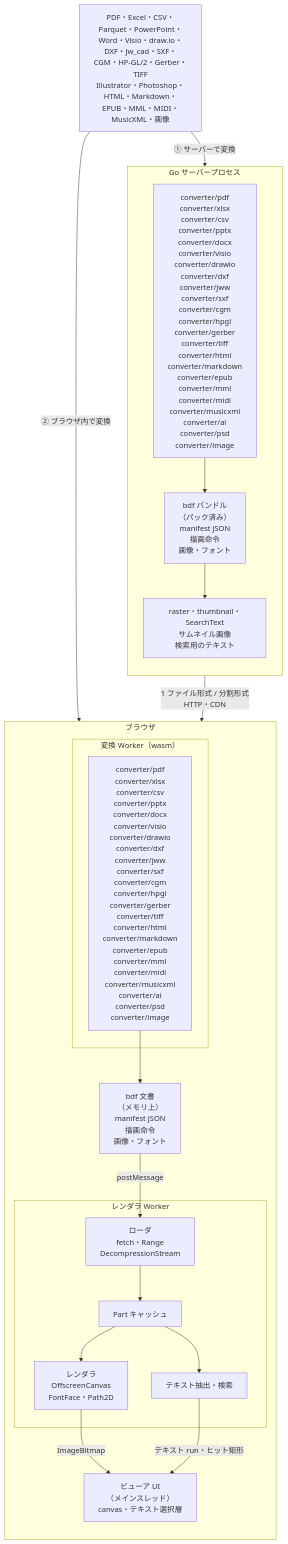
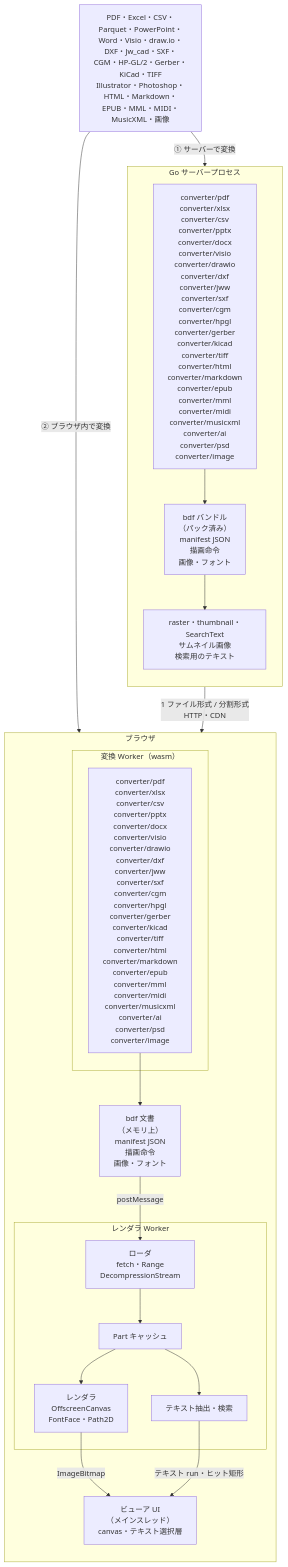
The diagram in README.ja.md (shibukawa/bdf), drawn with Mermaid before and after one commit. The commit also changed other lines of this file and 61 other files, not shown here.

First line of the commit message:
Add KiCad converter: schematics as pages of their sheets, boards as front, back and layer views

````diff
--- a/README.ja.md
+++ b/README.ja.md
@@ -20,39 +20,39 @@
 ```mermaid
 flowchart TB
-    SRC["PDF・Excel・CSV・Parquet・PowerPoint・Word・Visio・draw.io・DXF・Jw_cad・SXF・CGM・HP-GL/2・Gerber・TIFF<br/>Illustrator・Photoshop・HTML・Markdown・EPUB・MML・MIDI・MusicXML・画像"]
+    SRC["PDF・Excel・CSV・Parquet・PowerPoint・Word・Visio・draw.io・DXF・Jw_cad・SXF・CGM・HP-GL/2・Gerber・KiCad・TIFF<br/>Illustrator・Photoshop・HTML・Markdown・EPUB・MML・MIDI・MusicXML・画像"]
 
     subgraph SERVER["Go サーバープロセス"]
         direction TB
-        SCONV["converter/pdf<br/>converter/xlsx<br/>converter/csv<br/>converter/pptx<br/>converter/docx<br/>converter/visio<br/>converter/drawio<br/>converter/dxf<br/>converter/jww<br/>converter/sxf<br/>converter/cgm<br/>converter/hpgl<br/>converter/gerber<br/>converter/tiff<br/>converter/html<br/>converter/markdown<br/>converter/epub<br/>converter/mml<br/>converter/midi<br/>converter/musicxml<br/>converter/ai<br/>converter/psd<br/>converter/image"]
+        SCONV["converter/pdf<br/>converter/xlsx<br/>converter/csv<br/>converter/pptx<br/>converter/docx<br/>converter/visio<br/>converter/drawio<br/>converter/dxf<br/>converter/jww<br/>converter/sxf<br/>converter/cgm<br/>converter/hpgl<br/>converter/gerber<br/>converter/kicad<br/>converter/tiff<br/>converter/html<br/>converter/markdown<br/>converter/epub<br/>converter/mml<br/>converter/midi<br/>converter/musicxml<br/>converter/ai<br/>converter/psd<br/>converter/image"]
         BUNDLE["bdf バンドル<br/>（パック済み）<br/>manifest JSON<br/>描画命令<br/>画像・フォント"]
         PREVIEW["raster・thumbnail・SearchText<br/>サムネイル画像<br/>検索用のテキスト"]
         SCONV --> BUNDLE
         BUNDLE --> PREVIEW
     end
 
     subgraph BROWSER["ブラウザ"]
         direction TB
         subgraph CWORKER["変換 Worker（wasm）"]
-            WCONV["converter/pdf<br/>converter/xlsx<br/>converter/csv<br/>converter/pptx<br/>converter/docx<br/>converter/visio<br/>converter/drawio<br/>converter/dxf<br/>converter/jww<br/>converter/sxf<br/>converter/cgm<br/>converter/hpgl<br/>converter/gerber<br/>converter/tiff<br/>converter/html<br/>converter/markdown<br/>converter/epub<br/>converter/mml<br/>converter/midi<br/>converter/musicxml<br/>converter/ai<br/>converter/psd<br/>converter/image"]
+            WCONV["converter/pdf<br/>converter/xlsx<br/>converter/csv<br/>converter/pptx<br/>converter/docx<br/>converter/visio<br/>converter/drawio<br/>converter/dxf<br/>converter/jww<br/>converter/sxf<br/>converter/cgm<br/>converter/hpgl<br/>converter/gerber<br/>converter/kicad<br/>converter/tiff<br/>converter/html<br/>converter/markdown<br/>converter/epub<br/>converter/mml<br/>converter/midi<br/>converter/musicxml<br/>converter/ai<br/>converter/psd<br/>converter/image"]
         end
         PARTS["bdf 文書<br/>（メモリ上）<br/>manifest JSON<br/>描画命令<br/>画像・フォント"]
         subgraph RWORKER["レンダラ Worker"]
             LOADER["ローダ<br/>fetch・Range<br/>DecompressionStream"]
             STORE["Part キャッシュ"]
             RENDER["レンダラ<br/>OffscreenCanvas<br/>FontFace・Path2D"]
             TEXT["テキスト抽出・検索"]
             LOADER --> STORE
             STORE --> RENDER
             STORE --> TEXT
         end
         UI["ビューア UI<br/>（メインスレッド）<br/>canvas・テキスト選択層"]
         WCONV --> PARTS
     end
 
     SRC -- "① サーバーで変換" --> SCONV
     SRC -- "② ブラウザ内で変換" --> WCONV
     BUNDLE -- "1 ファイル形式 / 分割形式<br/>HTTP・CDN" --> LOADER
     PARTS -- "postMessage" --> LOADER
     RENDER -- "ImageBitmap" --> UI
     TEXT -- "テキスト run・ヒット矩形" --> UI
 ```
````
